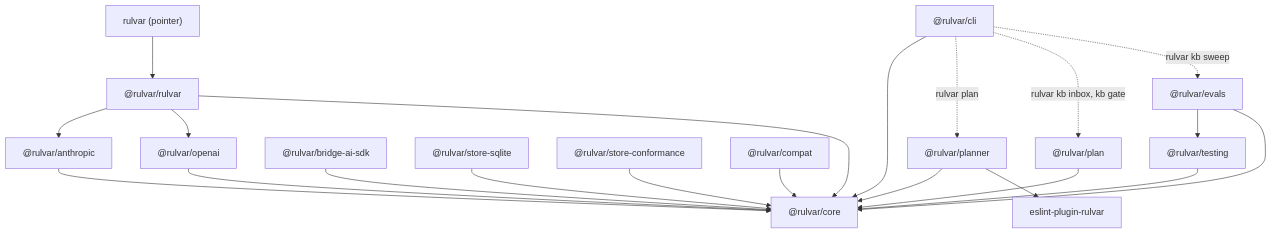
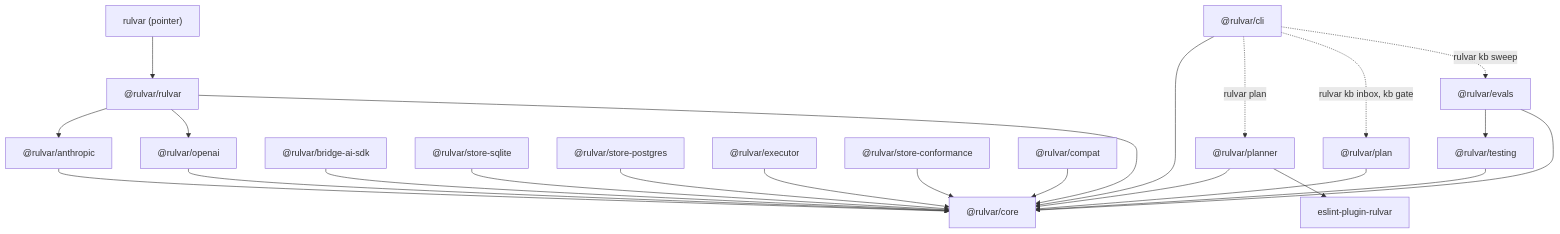
One commit to o-stepper/rulvar changed the diagram in docs/reference/packages.md. Above: the diagram before and after it, drawn with Mermaid. The commit also changed other lines of this file and 27 other files, not shown here.

````diff
--- a/docs/reference/packages.md
+++ b/docs/reference/packages.md
@@ -82,23 +84,25 @@
 ```mermaid
 graph TD
   pointer["rulvar (pointer)"] --> umbrella["@rulvar/rulvar"]
   umbrella --> anthropic["@rulvar/anthropic"]
   umbrella --> openai["@rulvar/openai"]
   umbrella --> core["@rulvar/core"]
   anthropic --> core
   openai --> core
   bridge["@rulvar/bridge-ai-sdk"] --> core
   sqlite["@rulvar/store-sqlite"] --> core
+  postgres["@rulvar/store-postgres"] --> core
+  executor["@rulvar/executor"] --> core
   conformance["@rulvar/store-conformance"] --> core
   compat["@rulvar/compat"] --> core
   plan["@rulvar/plan"] --> core
   planner["@rulvar/planner"] --> core
   planner --> eslintPlugin["eslint-plugin-rulvar"]
   testing["@rulvar/testing"] --> core
   evals["@rulvar/evals"] --> testing
   evals --> core
   cli["@rulvar/cli"] --> core
   cli -.->|"rulvar plan"| planner
   cli -.->|"rulvar kb inbox, kb gate"| plan
   cli -.->|"rulvar kb sweep"| evals
 ```
````
